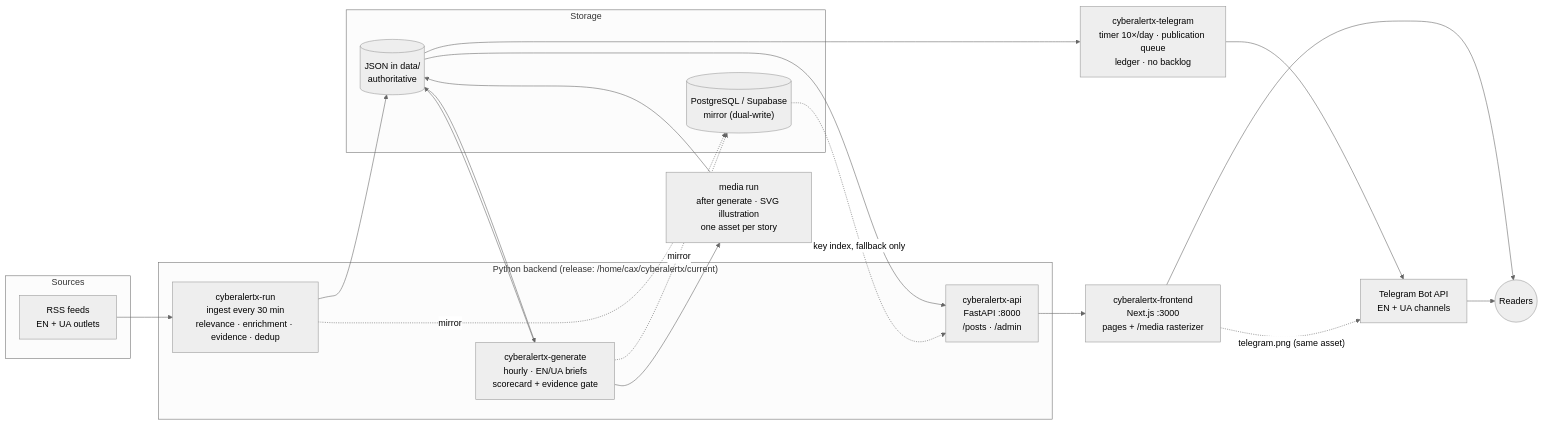
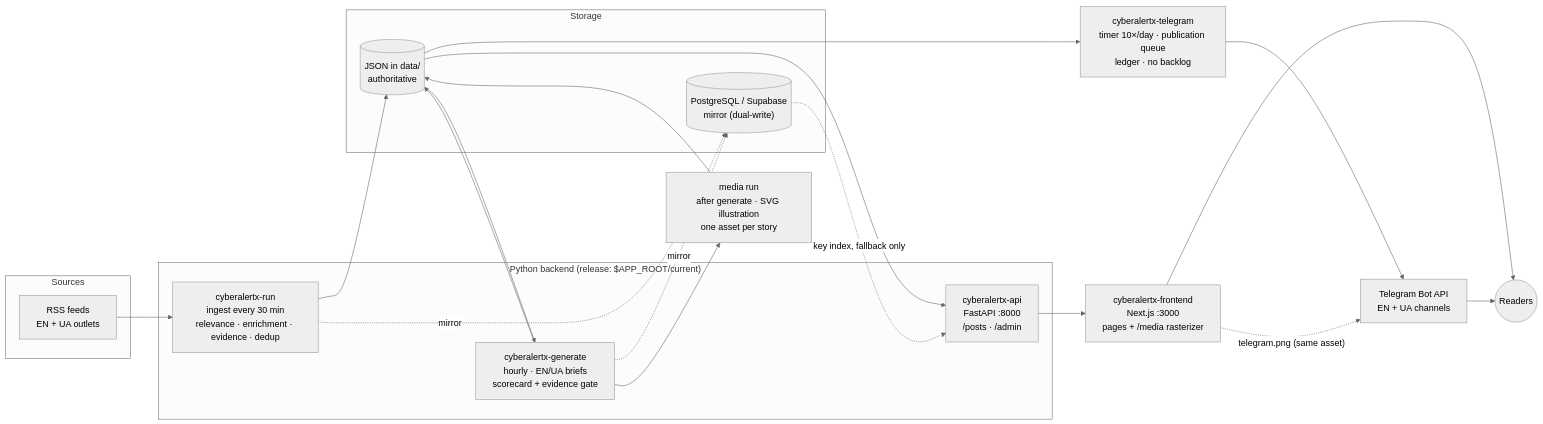
The first of 2 diagrams in README.md (vyahello/cyberalertx), drawn with Mermaid (neutral theme) before and after one commit. The commit also changed other lines of this file and 26 other files, not shown here.

````diff
--- a/README.md
+++ b/README.md
@@ -71,30 +71,30 @@
 ```mermaid
 flowchart LR
   subgraph Sources
     RSS["RSS feeds<br/>EN + UA outlets"]
   end
-  subgraph Backend["Python backend (release: /home/cax/cyberalertx/current)"]
+  subgraph Backend["Python backend (release: $APP_ROOT/current)"]
     RUN["cyberalertx-run<br/>ingest every 30 min<br/>relevance · enrichment · evidence · dedup"]
     GEN["cyberalertx-generate<br/>hourly · EN/UA briefs<br/>scorecard + evidence gate"]
     API["cyberalertx-api<br/>FastAPI :8000<br/>/posts · /admin"]
   end
   subgraph Storage
     JSON[("JSON in data/<br/>authoritative")]
     PG[("PostgreSQL / Supabase<br/>mirror (dual-write)")]
   end
   MEDIA["media run<br/>after generate · SVG illustration<br/>one asset per story"]
   TG["cyberalertx-telegram<br/>timer 10×/day · publication queue<br/>ledger · no backlog"]
   WEB["cyberalertx-frontend<br/>Next.js :3000<br/>pages + /media rasterizer"]
   BOT["Telegram Bot API<br/>EN + UA channels"]
   READER(("Readers"))
   RSS --> RUN --> JSON
   RUN -. mirror .-> PG
   JSON --> GEN --> JSON
   GEN -. mirror .-> PG
   JSON --> API
   PG -. "key index, fallback only" .-> API
   API --> WEB --> READER
   GEN --> MEDIA --> JSON
   JSON --> TG --> BOT --> READER
   WEB -. "telegram.png (same asset)" .-> BOT
 ```
````
